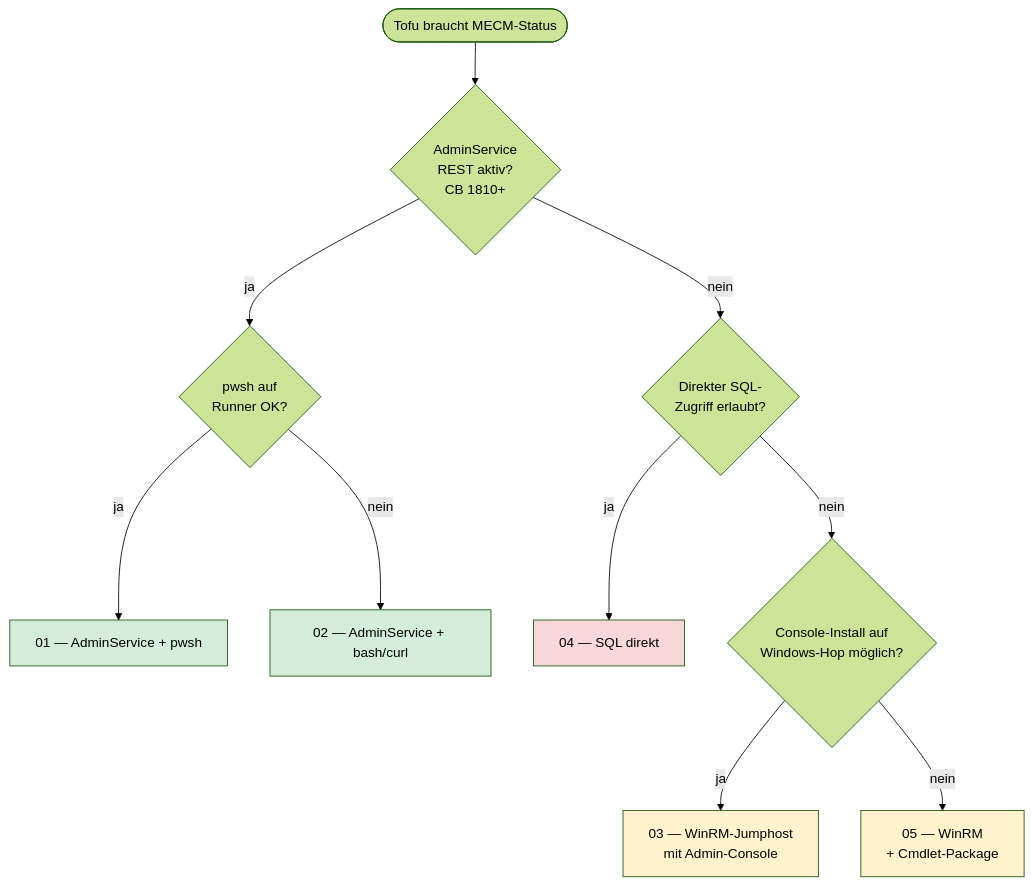
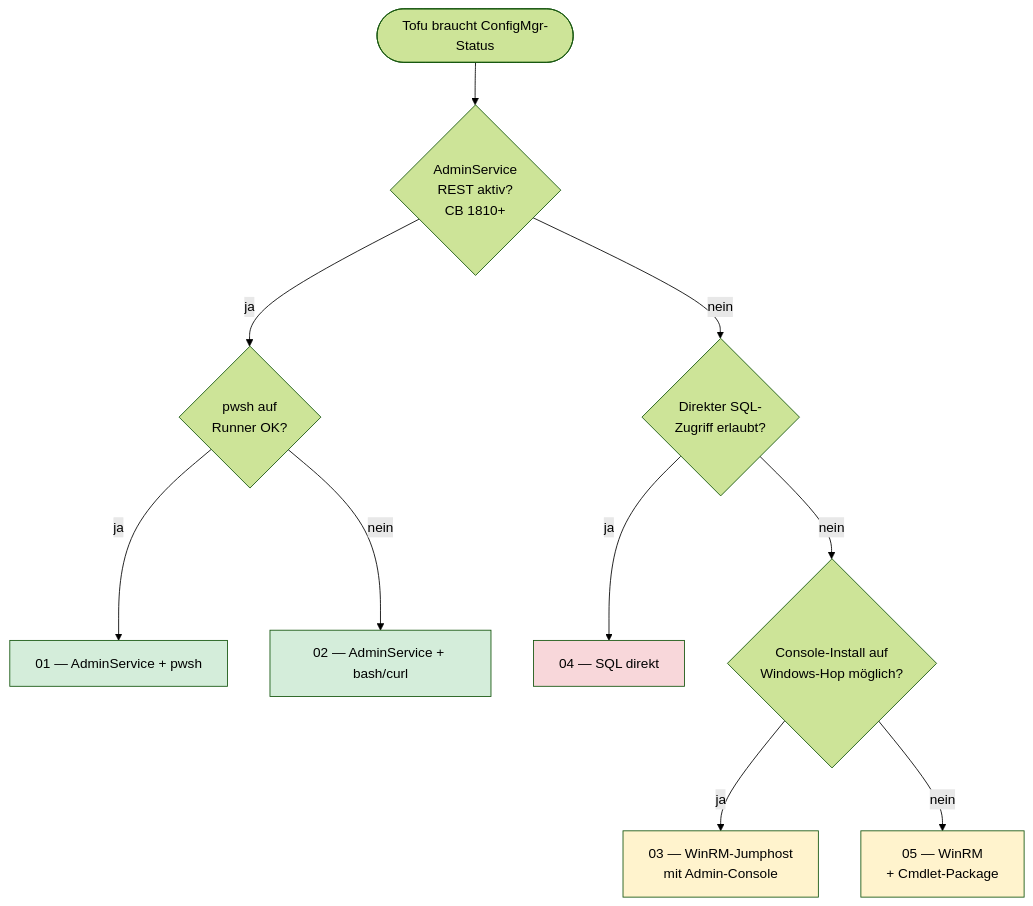
One commit to monoeagle/lucent-job-mecm-ps-connect changed the first of 8 diagrams in OVERVIEW.md. Above: the diagram before and after it, drawn with Mermaid (forest theme). The commit also changed other lines of this file and 22 other files, not shown here.

First line of the commit message:
Rename MECM -> ConfigMgr; add naming history and 2026 compat check

````diff
--- a/OVERVIEW.md
+++ b/OVERVIEW.md
@@ -8,18 +8,18 @@
 ```mermaid
 flowchart TD
-    Start([Tofu braucht MECM-Status]) --> Q1{AdminService<br/>REST aktiv?<br/>CB 1810+}
+    Start([Tofu braucht ConfigMgr-Status]) --> Q1{AdminService<br/>REST aktiv?<br/>CB 1810+}
     Q1 -- ja --> Q2{pwsh auf<br/>Runner OK?}
     Q1 -- nein --> Q3{Direkter SQL-<br/>Zugriff erlaubt?}
     Q2 -- ja --> A1[01 — AdminService + pwsh]
     Q2 -- nein --> A2[02 — AdminService + bash/curl]
     Q3 -- ja --> A4[04 — SQL direkt]
     Q3 -- nein --> Q4{Console-Install auf<br/>Windows-Hop möglich?}
     Q4 -- ja --> A3[03 — WinRM-Jumphost<br/>mit Admin-Console]
     Q4 -- nein --> A5[05 — WinRM<br/>+ Cmdlet-Package]
 
     style A1 fill:#d4edda
     style A2 fill:#d4edda
     style A3 fill:#fff3cd
     style A5 fill:#fff3cd
     style A4 fill:#f8d7da
 ```
````
